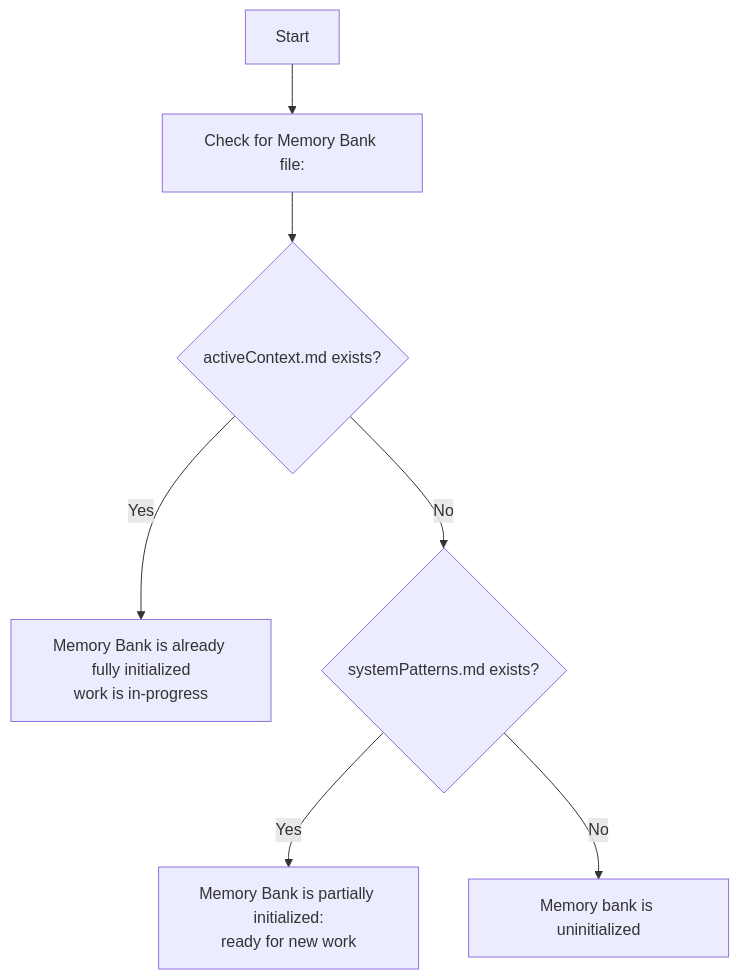
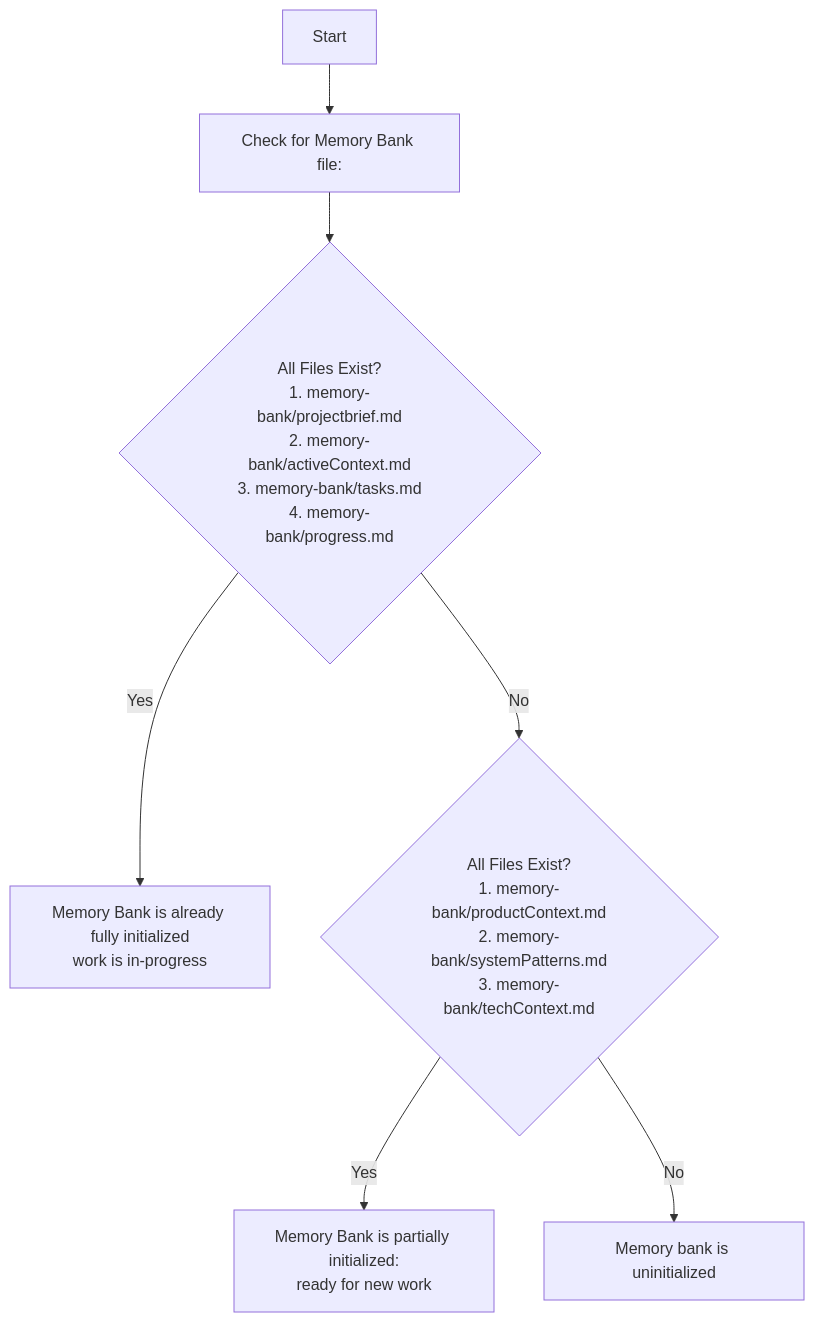
One commit to Texarkanine/.cursor-rules changed the diagram in rulesets/niko2/niko/core/memory-bank-init.mdc. Above: the diagram before and after it, drawn with Mermaid. The commit also changed other lines of this file and 14 other files, not shown here.

Commit message:
feat: rule'd the memory bank files

````diff
--- a/rulesets/niko2/niko/core/memory-bank-init.mdc
+++ b/rulesets/niko2/niko/core/memory-bank-init.mdc
@@ -5,9 +5,9 @@
 ```mermaid
 graph TD
     A[Start] --> B[Check for Memory Bank file:]
-    B --> C{activeContext.md exists?}
+    B --> C{All Files Exist?<br>1. memory-bank/projectbrief.md<br>2. memory-bank/activeContext.md<br>3. memory-bank/tasks.md<br>4. memory-bank/progress.md}
     C --"Yes"--> D["Memory Bank is already fully initialized<br>work is in-progress"]
-    C --"No"--> E{systemPatterns.md exists?}
+    C --"No"--> E{All Files Exist?<br>1. memory-bank/productContext.md<br>2. memory-bank/systemPatterns.md<br>3. memory-bank/techContext.md}
     E --"Yes"--> F["Memory Bank is partially initialized:<br>ready for new work"]
     E --"No"--> G["Memory bank is uninitialized"]
 ```
````
